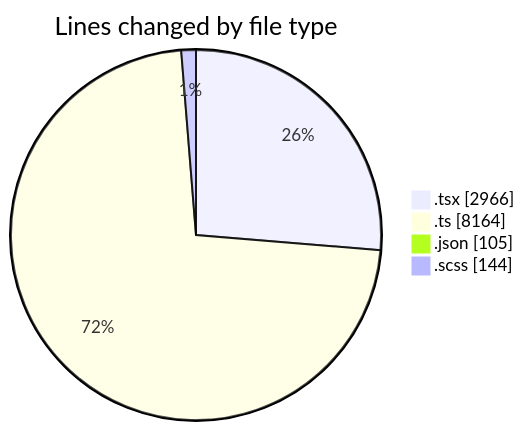
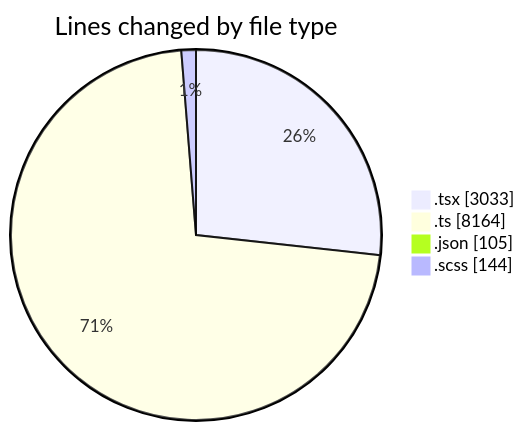
Before and after one commit to momahboobian/code-tracking: the first of 2 diagrams in 2025-07-09/cda/README.md, drawn with Mermaid. The commit also changed other lines of this file and 1 other file, not shown here.

Commit message:
type(cda): Lines added in CostActualsTable.tsx increased from 11279 to 11346, with net change of 116. Active time also increased from 79 minutes to 80 minutes.

````diff
--- a/2025-07-09/cda/README.md
+++ b/2025-07-09/cda/README.md
@@ -35,8 +36,8 @@
 ```mermaid
 pie showData
 title Lines changed by file type
-".tsx" : 2966
+".tsx" : 3033
 ".ts" : 8164
 ".json" : 105
 ".scss" : 144
 ```
````
